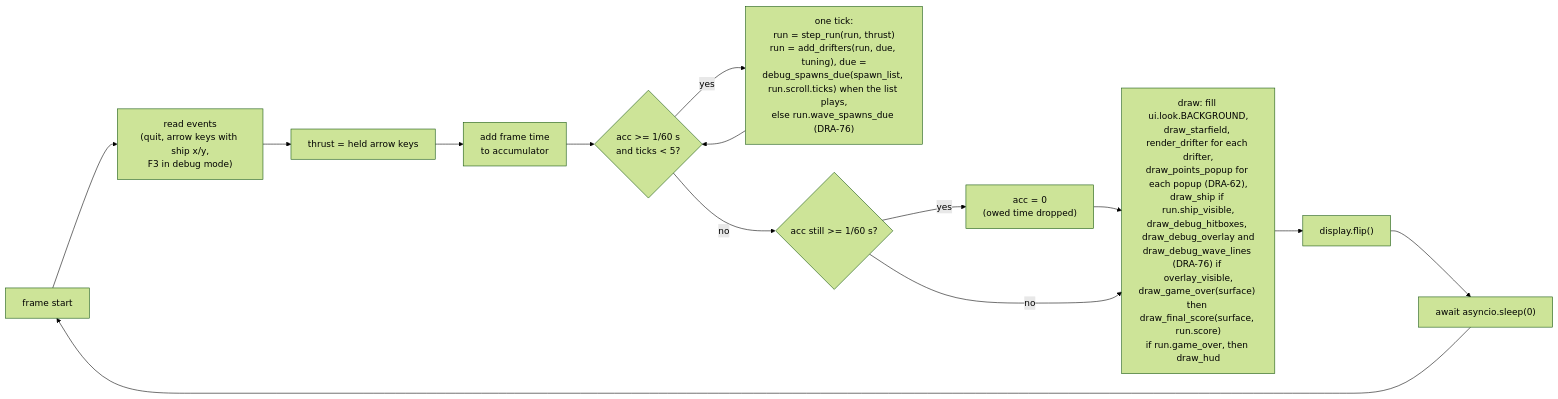
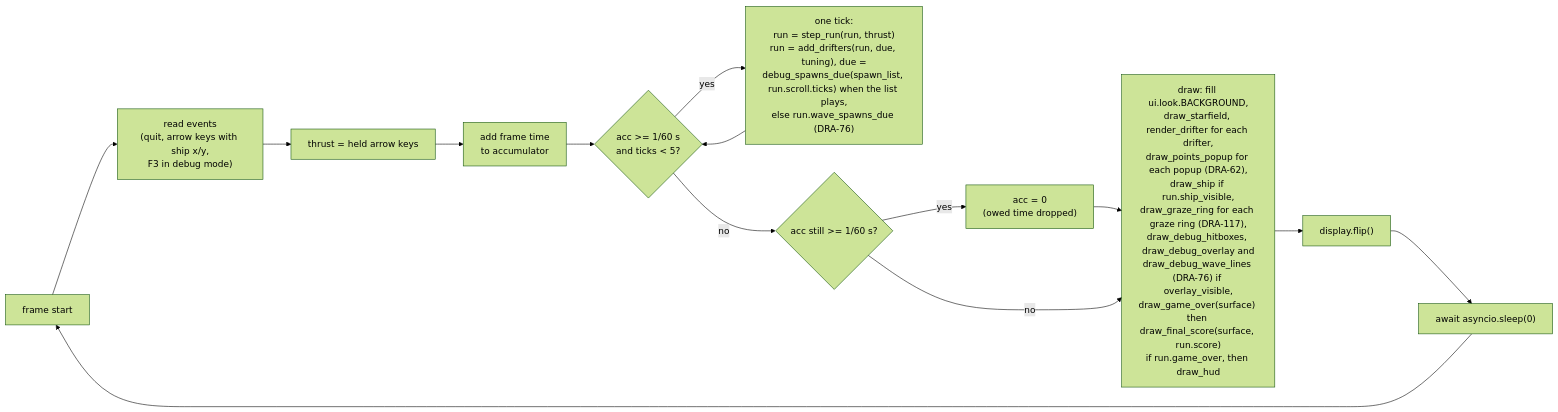
Before and after one commit to david-mntl/driftward-ace: the third of 3 diagrams in docs/contracts/systems/app/startup.md, drawn with Mermaid (forest theme). The commit also changed 29 other files, not shown here.

Commit message:
docs(contracts): design DRA-117 graze, scoring schema, tasks and integration checks

````diff
--- a/docs/contracts/systems/app/startup.md
+++ b/docs/contracts/systems/app/startup.md
@@ -61,14 +61,14 @@
 ```mermaid
 flowchart LR
   F["frame start"] --> EV["read events<br/>(quit, arrow keys with ship x/y,<br/>F3 in debug mode)"]
   EV --> HK["thrust = held arrow keys"]
   HK --> AC["add frame time<br/>to accumulator"]
   AC --> T{"acc >= 1/60 s<br/>and ticks < 5?"}
   T -- yes --> TK["one tick:<br/>run = step_run(run, thrust)<br/>run = add_drifters(run, due, tuning), due =<br/>debug_spawns_due(spawn_list, run.scroll.ticks) when the list plays,<br/>else run.wave_spawns_due (DRA-76)"] --> T
   T -- no --> CAP{"acc still >= 1/60 s?"}
   CAP -- yes --> DROP["acc = 0<br/>(owed time dropped)"] --> D
-  CAP -- no --> D["draw: fill ui.look.BACKGROUND,<br/>draw_starfield, render_drifter for each drifter,<br/>draw_points_popup for each popup (DRA-62),<br/>draw_ship if run.ship_visible,<br/>draw_debug_hitboxes, draw_debug_overlay and<br/>draw_debug_wave_lines (DRA-76) if overlay_visible,<br/>draw_game_over(surface) then draw_final_score(surface, run.score)<br/>if run.game_over, then draw_hud"]
+  CAP -- no --> D["draw: fill ui.look.BACKGROUND,<br/>draw_starfield, render_drifter for each drifter,<br/>draw_points_popup for each popup (DRA-62),<br/>draw_ship if run.ship_visible,<br/>draw_graze_ring for each graze ring (DRA-117),<br/>draw_debug_hitboxes, draw_debug_overlay and<br/>draw_debug_wave_lines (DRA-76) if overlay_visible,<br/>draw_game_over(surface) then draw_final_score(surface, run.score)<br/>if run.game_over, then draw_hud"]
   D --> FL["display.flip()"]
   FL --> Y["await asyncio.sleep(0)"]
   Y --> F
 ```
````
